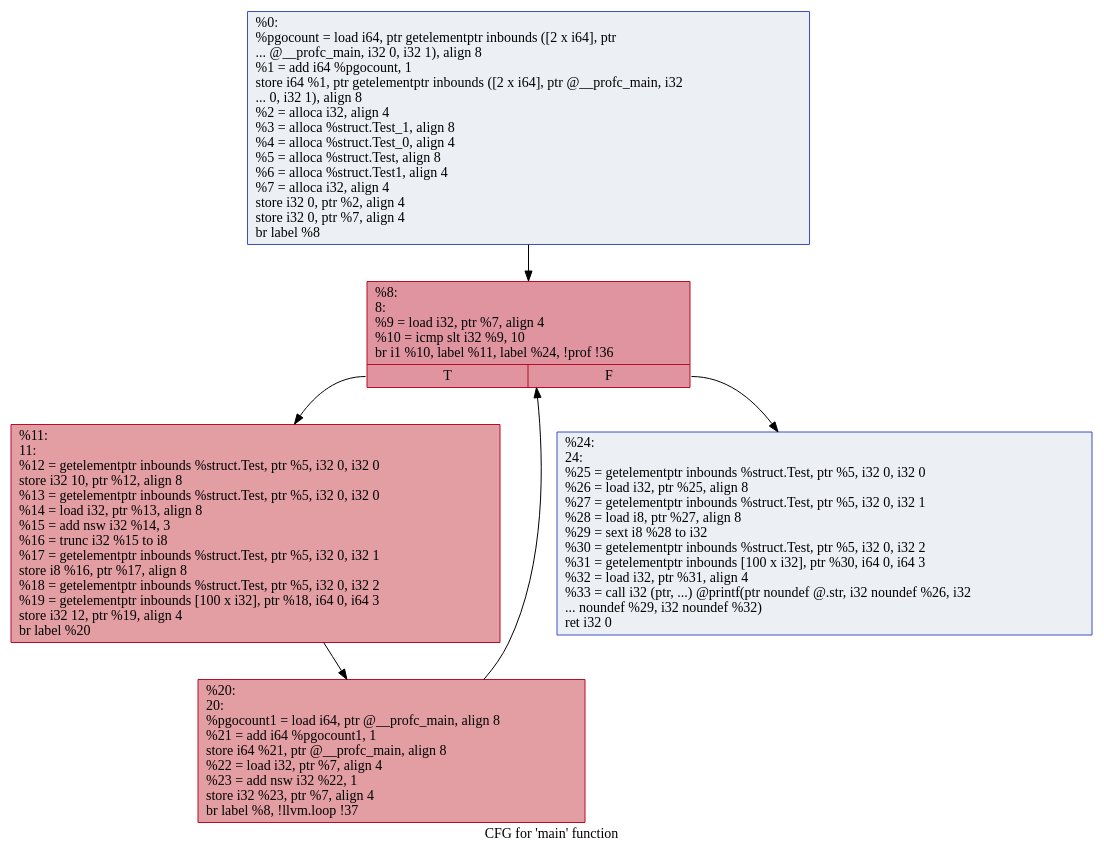
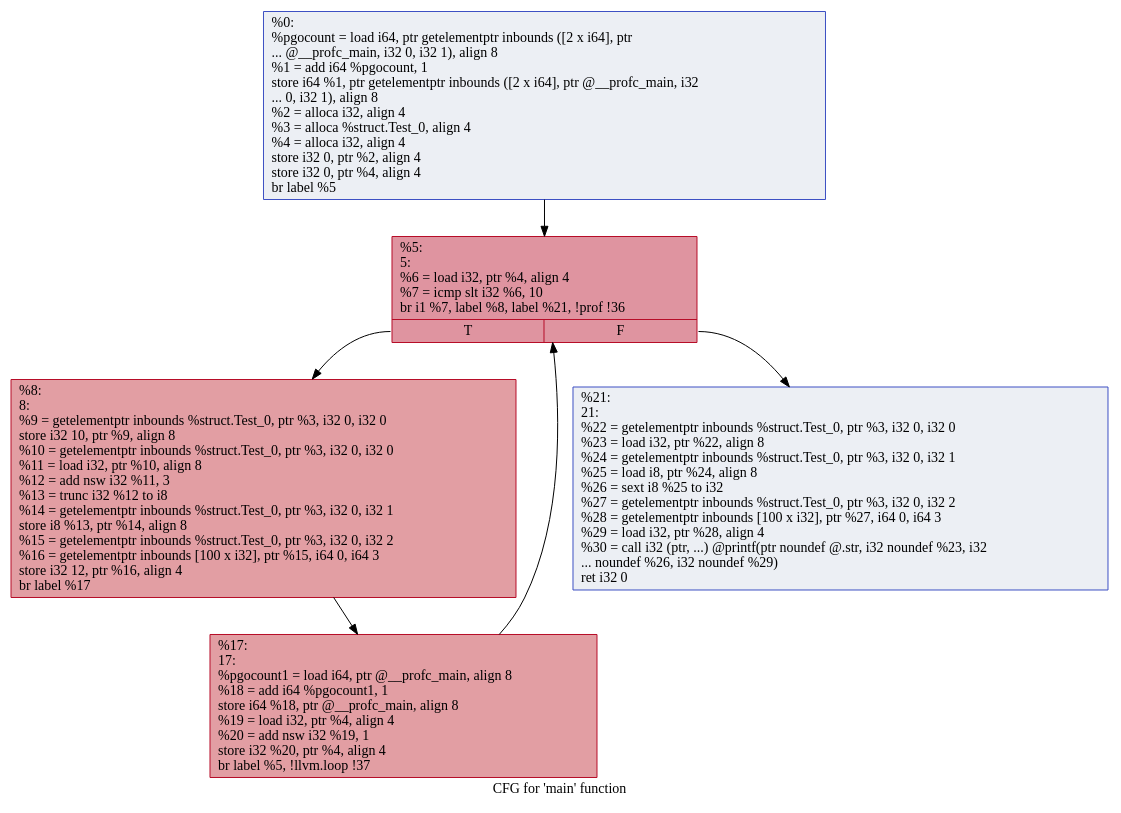
One commit to show981111/struct-optimization changed the diagram in benchmarks/correctness/tmp/.main.dot. Above: the diagram before and after it, drawn with Graphviz. The commit also changed 13 other files, not shown here.

```diff
--- a/benchmarks/correctness/tmp/.main.dot
+++ b/benchmarks/correctness/tmp/.main.dot
@@ -1,14 +1,14 @@
 digraph "CFG for 'main' function" {
 	label="CFG for 'main' function";
 
-	Node0x560bf0f613f0 [shape=record,color="#3d50c3ff", style=filled, fillcolor="#d4dbe670",label="{%0:\l  %pgocount = load i64, ptr getelementptr inbounds ([2 x i64], ptr\l... @__profc_main, i32 0, i32 1), align 8\l  %1 = add i64 %pgocount, 1\l  store i64 %1, ptr getelementptr inbounds ([2 x i64], ptr @__profc_main, i32\l... 0, i32 1), align 8\l  %2 = alloca i32, align 4\l  %3 = alloca %struct.Test_1, align 8\l  %4 = alloca %struct.Test_0, align 4\l  %5 = alloca %struct.Test, align 8\l  %6 = alloca %struct.Test1, align 4\l  %7 = alloca i32, align 4\l  store i32 0, ptr %2, align 4\l  store i32 0, ptr %7, align 4\l  br label %8\l}"];
-	Node0x560bf0f613f0 -> Node0x560bf0f69b60;
-	Node0x560bf0f69b60 [shape=record,color="#b70d28ff", style=filled, fillcolor="#b70d2870",label="{%8:\l8:                                                \l  %9 = load i32, ptr %7, align 4\l  %10 = icmp slt i32 %9, 10\l  br i1 %10, label %11, label %24, !prof !36\l|{<s0>T|<s1>F}}"];
-	Node0x560bf0f69b60:s0 -> Node0x560bf0f74e80;
-	Node0x560bf0f69b60:s1 -> Node0x560bf0f74f20;
-	Node0x560bf0f74e80 [shape=record,color="#b70d28ff", style=filled, fillcolor="#be242e70",label="{%11:\l11:                                               \l  %12 = getelementptr inbounds %struct.Test, ptr %5, i32 0, i32 0\l  store i32 10, ptr %12, align 8\l  %13 = getelementptr inbounds %struct.Test, ptr %5, i32 0, i32 0\l  %14 = load i32, ptr %13, align 8\l  %15 = add nsw i32 %14, 3\l  %16 = trunc i32 %15 to i8\l  %17 = getelementptr inbounds %struct.Test, ptr %5, i32 0, i32 1\l  store i8 %16, ptr %17, align 8\l  %18 = getelementptr inbounds %struct.Test, ptr %5, i32 0, i32 2\l  %19 = getelementptr inbounds [100 x i32], ptr %18, i64 0, i64 3\l  store i32 12, ptr %19, align 4\l  br label %20\l}"];
-	Node0x560bf0f74e80 -> Node0x560bf0f74ed0;
-	Node0x560bf0f74ed0 [shape=record,color="#b70d28ff", style=filled, fillcolor="#be242e70",label="{%20:\l20:                                               \l  %pgocount1 = load i64, ptr @__profc_main, align 8\l  %21 = add i64 %pgocount1, 1\l  store i64 %21, ptr @__profc_main, align 8\l  %22 = load i32, ptr %7, align 4\l  %23 = add nsw i32 %22, 1\l  store i32 %23, ptr %7, align 4\l  br label %8, !llvm.loop !37\l}"];
-	Node0x560bf0f74ed0 -> Node0x560bf0f69b60;
-	Node0x560bf0f74f20 [shape=record,color="#3d50c3ff", style=filled, fillcolor="#d4dbe670",label="{%24:\l24:                                               \l  %25 = getelementptr inbounds %struct.Test, ptr %5, i32 0, i32 0\l  %26 = load i32, ptr %25, align 8\l  %27 = getelementptr inbounds %struct.Test, ptr %5, i32 0, i32 1\l  %28 = load i8, ptr %27, align 8\l  %29 = sext i8 %28 to i32\l  %30 = getelementptr inbounds %struct.Test, ptr %5, i32 0, i32 2\l  %31 = getelementptr inbounds [100 x i32], ptr %30, i64 0, i64 3\l  %32 = load i32, ptr %31, align 4\l  %33 = call i32 (ptr, ...) @printf(ptr noundef @.str, i32 noundef %26, i32\l... noundef %29, i32 noundef %32)\l  ret i32 0\l}"];
+	Node0x560e074c33d0 [shape=record,color="#3d50c3ff", style=filled, fillcolor="#d4dbe670",label="{%0:\l  %pgocount = load i64, ptr getelementptr inbounds ([2 x i64], ptr\l... @__profc_main, i32 0, i32 1), align 8\l  %1 = add i64 %pgocount, 1\l  store i64 %1, ptr getelementptr inbounds ([2 x i64], ptr @__profc_main, i32\l... 0, i32 1), align 8\l  %2 = alloca i32, align 4\l  %3 = alloca %struct.Test_0, align 4\l  %4 = alloca i32, align 4\l  store i32 0, ptr %2, align 4\l  store i32 0, ptr %4, align 4\l  br label %5\l}"];
+	Node0x560e074c33d0 -> Node0x560e074cb990;
+	Node0x560e074cb990 [shape=record,color="#b70d28ff", style=filled, fillcolor="#b70d2870",label="{%5:\l5:                                                \l  %6 = load i32, ptr %4, align 4\l  %7 = icmp slt i32 %6, 10\l  br i1 %7, label %8, label %21, !prof !36\l|{<s0>T|<s1>F}}"];
+	Node0x560e074cb990:s0 -> Node0x560e074d6cb0;
+	Node0x560e074cb990:s1 -> Node0x560e074d6d50;
+	Node0x560e074d6cb0 [shape=record,color="#b70d28ff", style=filled, fillcolor="#be242e70",label="{%8:\l8:                                                \l  %9 = getelementptr inbounds %struct.Test_0, ptr %3, i32 0, i32 0\l  store i32 10, ptr %9, align 8\l  %10 = getelementptr inbounds %struct.Test_0, ptr %3, i32 0, i32 0\l  %11 = load i32, ptr %10, align 8\l  %12 = add nsw i32 %11, 3\l  %13 = trunc i32 %12 to i8\l  %14 = getelementptr inbounds %struct.Test_0, ptr %3, i32 0, i32 1\l  store i8 %13, ptr %14, align 8\l  %15 = getelementptr inbounds %struct.Test_0, ptr %3, i32 0, i32 2\l  %16 = getelementptr inbounds [100 x i32], ptr %15, i64 0, i64 3\l  store i32 12, ptr %16, align 4\l  br label %17\l}"];
+	Node0x560e074d6cb0 -> Node0x560e074d6d00;
+	Node0x560e074d6d00 [shape=record,color="#b70d28ff", style=filled, fillcolor="#be242e70",label="{%17:\l17:                                               \l  %pgocount1 = load i64, ptr @__profc_main, align 8\l  %18 = add i64 %pgocount1, 1\l  store i64 %18, ptr @__profc_main, align 8\l  %19 = load i32, ptr %4, align 4\l  %20 = add nsw i32 %19, 1\l  store i32 %20, ptr %4, align 4\l  br label %5, !llvm.loop !37\l}"];
+	Node0x560e074d6d00 -> Node0x560e074cb990;
+	Node0x560e074d6d50 [shape=record,color="#3d50c3ff", style=filled, fillcolor="#d4dbe670",label="{%21:\l21:                                               \l  %22 = getelementptr inbounds %struct.Test_0, ptr %3, i32 0, i32 0\l  %23 = load i32, ptr %22, align 8\l  %24 = getelementptr inbounds %struct.Test_0, ptr %3, i32 0, i32 1\l  %25 = load i8, ptr %24, align 8\l  %26 = sext i8 %25 to i32\l  %27 = getelementptr inbounds %struct.Test_0, ptr %3, i32 0, i32 2\l  %28 = getelementptr inbounds [100 x i32], ptr %27, i64 0, i64 3\l  %29 = load i32, ptr %28, align 4\l  %30 = call i32 (ptr, ...) @printf(ptr noundef @.str, i32 noundef %23, i32\l... noundef %26, i32 noundef %29)\l  ret i32 0\l}"];
 }
```
